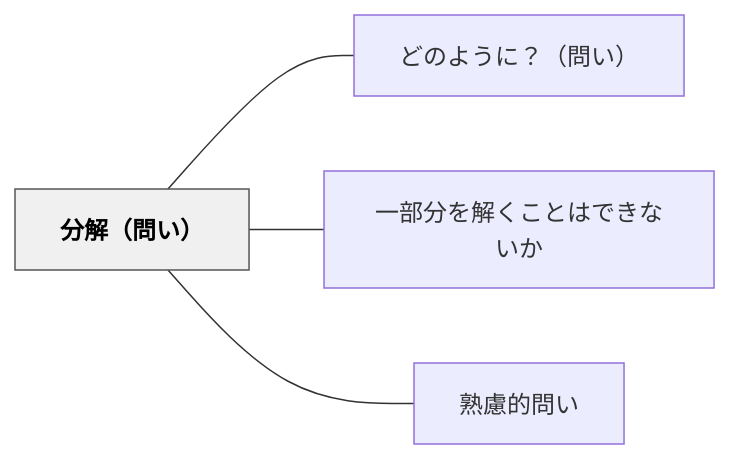
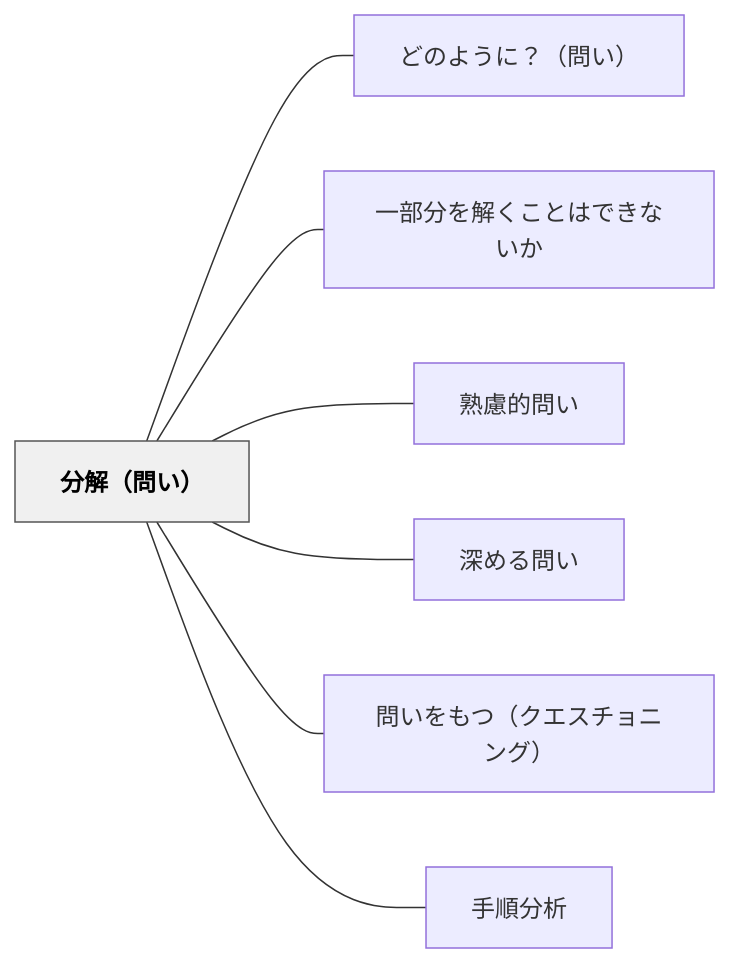
One commit to unknownthings-ed-patterns/unknownthings-ed-patterns changed the diagram in content/パタン/分解（問い）.md. Above: the diagram before and after it, drawn with Mermaid. The commit also changed other lines of this file and 71 other files, not shown here.

````diff
--- a/content/パタン/分解（問い）.md
+++ b/content/パタン/分解（問い）.md
@@ -46,14 +49,20 @@
 ```mermaid
 flowchart LR
     ne58886e8a7a3efbc88e5958fe38184efbc89["分解（問い）"]
     ne381a9e381aee38288e38186e381abefbc9fefbc88e5958fe38184efbc89["どのように？（問い）"]
     ne4b880e983a8e58886e38292e8a7a3e3818fe38193e381a8e381afe381a7e3818de381aae38184e3818b["一部分を解くことはできないか"]
     ne7869fe685aee79a84e5958fe38184["熟慮的問い"]
+    ne6b7b1e38281e3828be5958fe38184["深める問い"]
+    ne5958fe38184e38292e38282e381a4efbc88e382afe382a8e382b9e38381e383a7e3838be383b3e382b0efbc89["問いをもつ（クエスチョニング）"]
+    ne6898be9a086e58886e69e90["手順分析"]
 
     ne58886e8a7a3efbc88e5958fe38184efbc89 --- ne381a9e381aee38288e38186e381abefbc9fefbc88e5958fe38184efbc89
     ne58886e8a7a3efbc88e5958fe38184efbc89 --- ne4b880e983a8e58886e38292e8a7a3e3818fe38193e381a8e381afe381a7e3818de381aae38184e3818b
     ne58886e8a7a3efbc88e5958fe38184efbc89 --- ne7869fe685aee79a84e5958fe38184
+    ne58886e8a7a3efbc88e5958fe38184efbc89 --- ne6b7b1e38281e3828be5958fe38184
+    ne58886e8a7a3efbc88e5958fe38184efbc89 --- ne5958fe38184e38292e38282e381a4efbc88e382afe382a8e382b9e38381e383a7e3838be383b3e382b0efbc89
+    ne58886e8a7a3efbc88e5958fe38184efbc89 --- ne6898be9a086e58886e69e90
 
     classDef hub fill:#f0f0f0,stroke:#555,color:#000,font-weight:bold
     class ne58886e8a7a3efbc88e5958fe38184efbc89 hub
 ```
````
